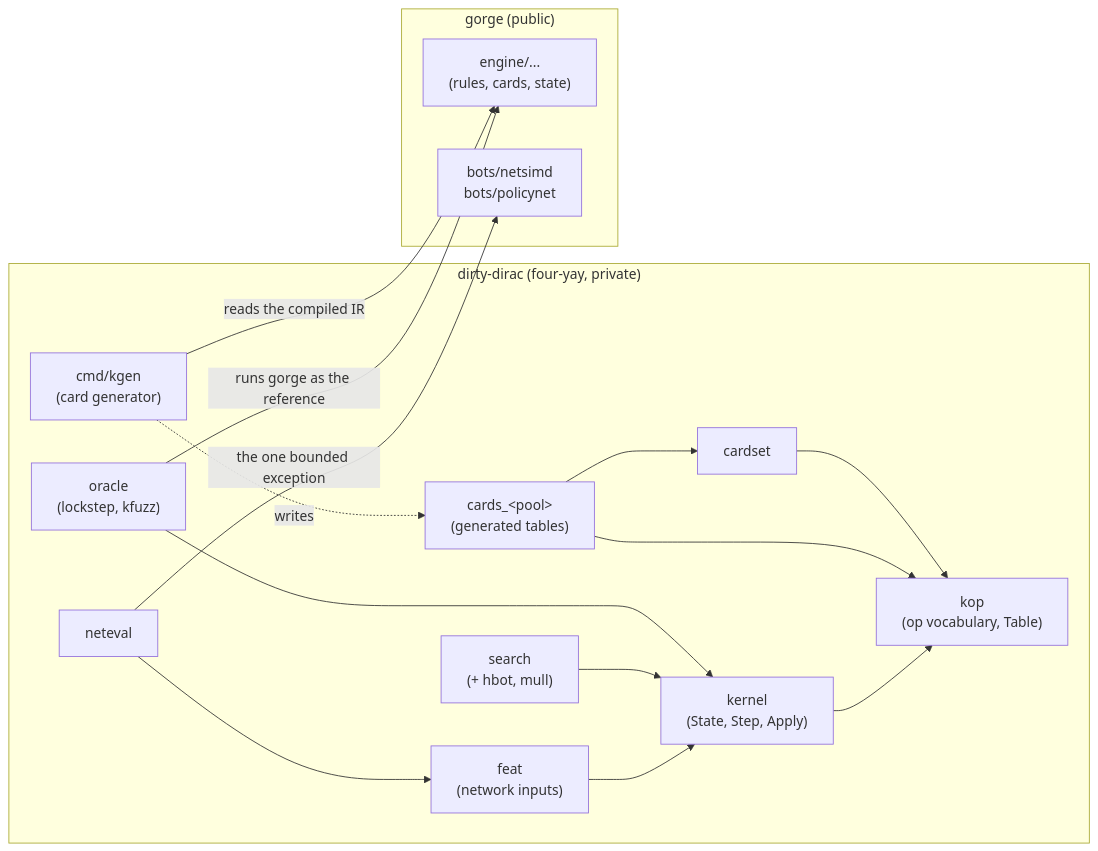
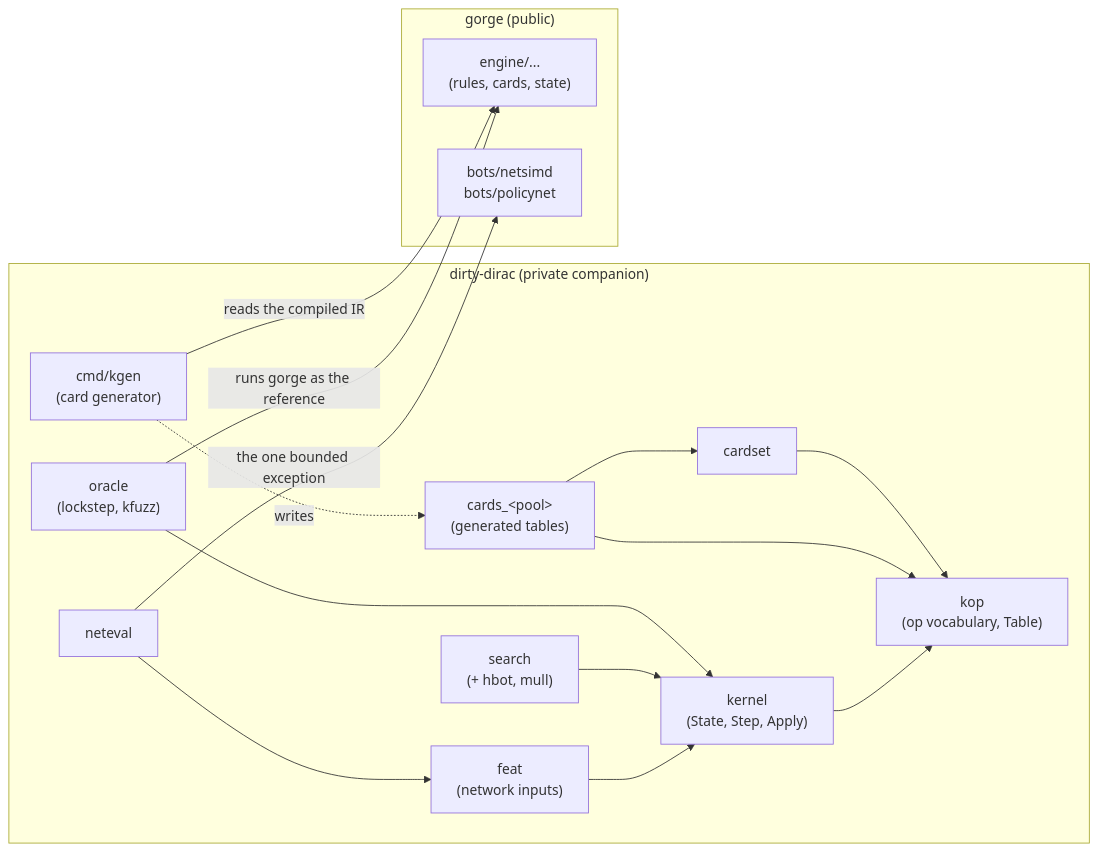
Before and after one commit to adams-shaun/gorge: the diagram in docs/site/architecture/dirty-dirac/index.md, drawn with Mermaid. The commit also changed other lines of this file and 20 other files, not shown here.

First line of the commit message:
docs: scrub private-companion details from public prose

````diff
--- a/docs/site/architecture/dirty-dirac/index.md
+++ b/docs/site/architecture/dirty-dirac/index.md
@@ -139,21 +139,21 @@
 ```mermaid
 flowchart LR
-  subgraph fy["dirty-dirac (four-yay, private)"]
+  subgraph fy["dirty-dirac (private companion)"]
     kernel["kernel<br/>(State, Step, Apply)"] --> kop["kop<br/>(op vocabulary, Table)"]
     cards["cards_&lt;pool&gt;<br/>(generated tables)"] --> kop
     cardset --> kop
     cards --> cardset
     feat["feat<br/>(network inputs)"] --> kernel
     search["search<br/>(+ hbot, mull)"] --> kernel
     neteval --> feat
     oracle["oracle<br/>(lockstep, kfuzz)"] --> kernel
     kgen["cmd/kgen<br/>(card generator)"] -.->|writes| cards
   end
   subgraph g["gorge (public)"]
     engine["engine/...<br/>(rules, cards, state)"]
     net["bots/netsimd<br/>bots/policynet"]
   end
   neteval -->|"the one bounded exception"| net
   oracle -->|"runs gorge as the reference"| engine
   kgen -->|"reads the compiled IR"| engine
 ```
````
